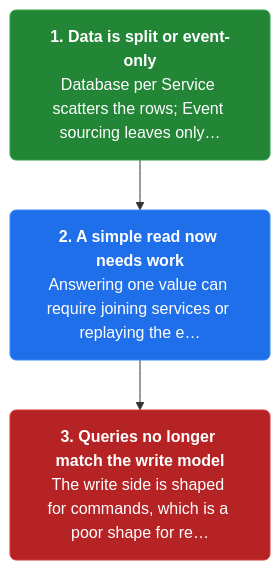
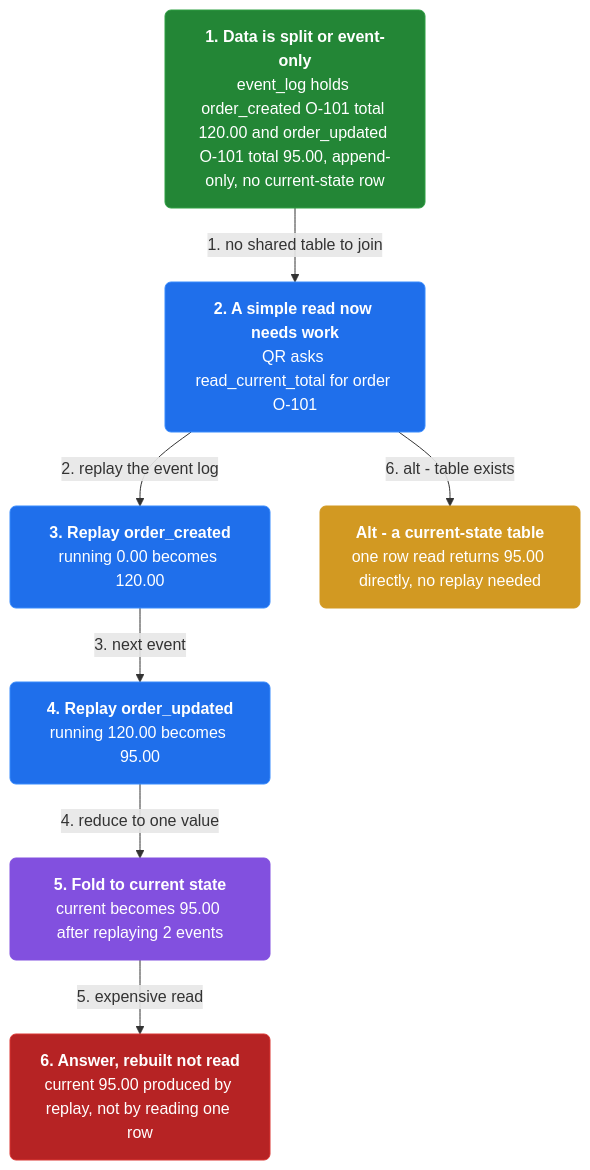
One commit to vinayakuber/microservices-io-study-guide changed the first of 4 diagrams in docs/ch22-cqrs.md. Above: the diagram before and after it, drawn with Mermaid. The commit also changed other lines of this file and 46 other files, not shown here.

First line of the commit message:
Author rich branching flow diagrams for all 44 chapters

````diff
--- a/docs/ch22-cqrs.md
+++ b/docs/ch22-cqrs.md
@@ -13,11 +13,21 @@
 ```mermaid
 flowchart TD
-  classDef step fill:#1f6feb,color:#ffffff,stroke:#388bfd,stroke-width:1px,rx:6
+  classDef step fill:#1f6feb,color:#ffffff,stroke:#388bfd,rx:6
+  classDef core fill:#8250df,color:#ffffff,stroke:#8250df,rx:6
+  classDef warn fill:#d29922,color:#ffffff,stroke:#d29922,rx:6
   classDef start fill:#238636,color:#ffffff,stroke:#2ea043,rx:6
   classDef stop fill:#b62324,color:#ffffff,stroke:#da3633,rx:6
-  s0n0["<b>1. Data is split or event-only</b><br/>Database per Service scatters the rows; Event sourcing leaves only…"]:::start
-  s0n1["<b>2. A simple read now needs work</b><br/>Answering one value can require joining services or replaying the e…"]:::step
-  s0n2["<b>3. Queries no longer match the write model</b><br/>The write side is shaped for commands, which is a poor shape for re…"]:::stop
-  s0n0 --> s0n1
-  s0n1 --> s0n2
+  n0["<b>1. Data is split or event-only</b><br/>event_log holds order_created O-101 total 120.00 and order_updated O-101 total 95.00, append-only, no current-state row"]:::start
+  n1["<b>2. A simple read now needs work</b><br/>QR asks read_current_total for order O-101"]:::step
+  n2["<b>3. Replay order_created</b><br/>running 0.00 becomes 120.00"]:::step
+  n3["<b>4. Replay order_updated</b><br/>running 120.00 becomes 95.00"]:::step
+  n4["<b>5. Fold to current state</b><br/>current becomes 95.00 after replaying 2 events"]:::core
+  n5["<b>6. Answer, rebuilt not read</b><br/>current 95.00 produced by replay, not by reading one row"]:::stop
+  n6["<b>Alt - a current-state table</b><br/>one row read returns 95.00 directly, no replay needed"]:::warn
+  n0 -->|"1. no shared table to join"| n1
+  n1 -->|"2. replay the event log"| n2
+  n2 -->|"3. next event"| n3
+  n3 -->|"4. reduce to one value"| n4
+  n4 -->|"5. expensive read"| n5
+  n1 -->|"6. alt - table exists"| n6
 ```
````
